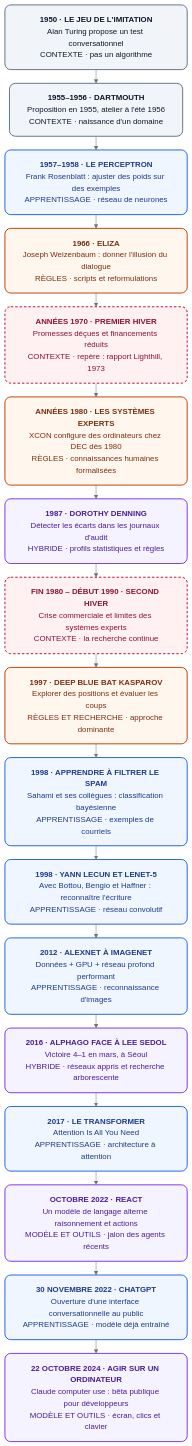
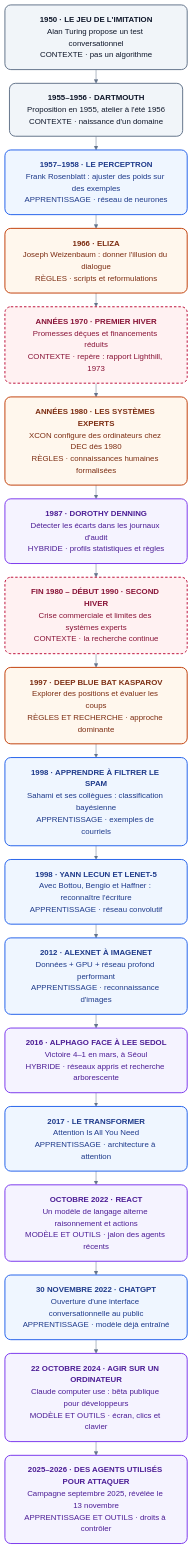
Before and after one commit to chabad26/memo-ais: the diagram in docs/ia-cybersecurite/it-1/70-ans-intelligence-artificielle.md, drawn with Mermaid. The commit also changed other lines of this file and 17 other files, not shown here.

````diff
--- a/docs/ia-cybersecurite/it-1/70-ans-intelligence-artificielle.md
+++ b/docs/ia-cybersecurite/it-1/70-ans-intelligence-artificielle.md
@@ -27,38 +27,40 @@
 ```mermaid
 %%{init: {"theme": "base", "themeVariables": {"fontFamily": "Inter, Arial, sans-serif", "fontSize": "16px", "lineColor": "#64748b"}, "flowchart": {"htmlLabels": true, "curve": "linear", "rankSpacing": 28, "nodeSpacing": 20, "padding": 18, "wrappingWidth": 300}}}%%
 flowchart TB
     turing["<b>1950 · LE JEU DE L'IMITATION</b><br/>Alan Turing propose un test conversationnel<br/>CONTEXTE · pas un algorithme"]
     dartmouth["<b>1955–1956 · DARTMOUTH</b><br/>Proposition en 1955, atelier à l'été 1956<br/>CONTEXTE · naissance d'un domaine"]
     perceptron["<b>1957–1958 · LE PERCEPTRON</b><br/>Frank Rosenblatt : ajuster des poids sur des exemples<br/>APPRENTISSAGE · réseau de neurones"]
     eliza["<b>1966 · ELIZA</b><br/>Joseph Weizenbaum : donner l'illusion du dialogue<br/>RÈGLES · scripts et reformulations"]
     winterOne["<b>ANNÉES 1970 · PREMIER HIVER</b><br/>Promesses déçues et financements réduits<br/>CONTEXTE · repère : rapport Lighthill, 1973"]
     experts["<b>ANNÉES 1980 · LES SYSTÈMES EXPERTS</b><br/>XCON configure des ordinateurs chez DEC dès 1980<br/>RÈGLES · connaissances humaines formalisées"]
     denning["<b>1987 · DOROTHY DENNING</b><br/>Détecter les écarts dans les journaux d'audit<br/>HYBRIDE · profils statistiques et règles"]
     winterTwo["<b>FIN 1980 – DÉBUT 1990 · SECOND HIVER</b><br/>Crise commerciale et limites des systèmes experts<br/>CONTEXTE · la recherche continue"]
     deepBlue["<b>1997 · DEEP BLUE BAT KASPAROV</b><br/>Explorer des positions et évaluer les coups<br/>RÈGLES ET RECHERCHE · approche dominante"]
     spam["<b>1998 · APPRENDRE À FILTRER LE SPAM</b><br/>Sahami et ses collègues : classification bayésienne<br/>APPRENTISSAGE · exemples de courriels"]
     lecun["<b>1998 · YANN LECUN ET LENET-5</b><br/>Avec Bottou, Bengio et Haffner : reconnaître l'écriture<br/>APPRENTISSAGE · réseau convolutif"]
     alexnet["<b>2012 · ALEXNET À IMAGENET</b><br/>Données + GPU + réseau profond performant<br/>APPRENTISSAGE · reconnaissance d'images"]
     alphago["<b>2016 · ALPHAGO FACE À LEE SEDOL</b><br/>Victoire 4–1 en mars, à Séoul<br/>HYBRIDE · réseaux appris et recherche arborescente"]
     transformer["<b>2017 · LE TRANSFORMER</b><br/>Attention Is All You Need<br/>APPRENTISSAGE · architecture à attention"]
     react["<b>OCTOBRE 2022 · REACT</b><br/>Un modèle de langage alterne raisonnement et actions<br/>MODÈLE ET OUTILS · jalon des agents récents"]
     chatgpt["<b>30 NOVEMBRE 2022 · CHATGPT</b><br/>Ouverture d'une interface conversationnelle au public<br/>APPRENTISSAGE · modèle déjà entraîné"]
     agents["<b>22 OCTOBRE 2024 · AGIR SUR UN ORDINATEUR</b><br/>Claude computer use : bêta publique pour développeurs<br/>MODÈLE ET OUTILS · écran, clics et clavier"]
 
+    agentThreat["<b>2025–2026 · DES AGENTS UTILISÉS POUR ATTAQUER</b><br/>Campagne septembre 2025, révélée le 13 novembre<br/>APPRENTISSAGE ET OUTILS · droits à contrôler"]
+
     turing --> dartmouth --> perceptron --> eliza
     eliza --> winterOne --> experts --> denning --> winterTwo
     winterTwo --> deepBlue --> spam --> lecun --> alexnet --> alphago
-    alphago --> transformer --> react --> chatgpt --> agents
+    alphago --> transformer --> react --> chatgpt --> agents --> agentThreat
 
     classDef context fill:#f1f5f9,stroke:#64748b,color:#0f172a,stroke-width:2px,rx:12px,ry:12px;
     classDef rules fill:#fff7ed,stroke:#c2410c,color:#7c2d12,stroke-width:2px,rx:12px,ry:12px;
     classDef learning fill:#eff6ff,stroke:#2563eb,color:#1e3a8a,stroke-width:2px,rx:12px,ry:12px;
     classDef hybrid fill:#f5f3ff,stroke:#7c3aed,color:#4c1d95,stroke-width:2px,rx:12px,ry:12px;
     classDef winter fill:#fff1f2,stroke:#be123c,color:#881337,stroke-width:2px,stroke-dasharray:5 4,rx:12px,ry:12px;
 
     class turing,dartmouth context;
     class eliza,experts,deepBlue rules;
     class perceptron,spam,lecun,alexnet,transformer,chatgpt learning;
-    class denning,alphago,react,agents hybrid;
+    class denning,alphago,react,agents,agentThreat hybrid;
     class winterOne,winterTwo winter;
 ```
````
